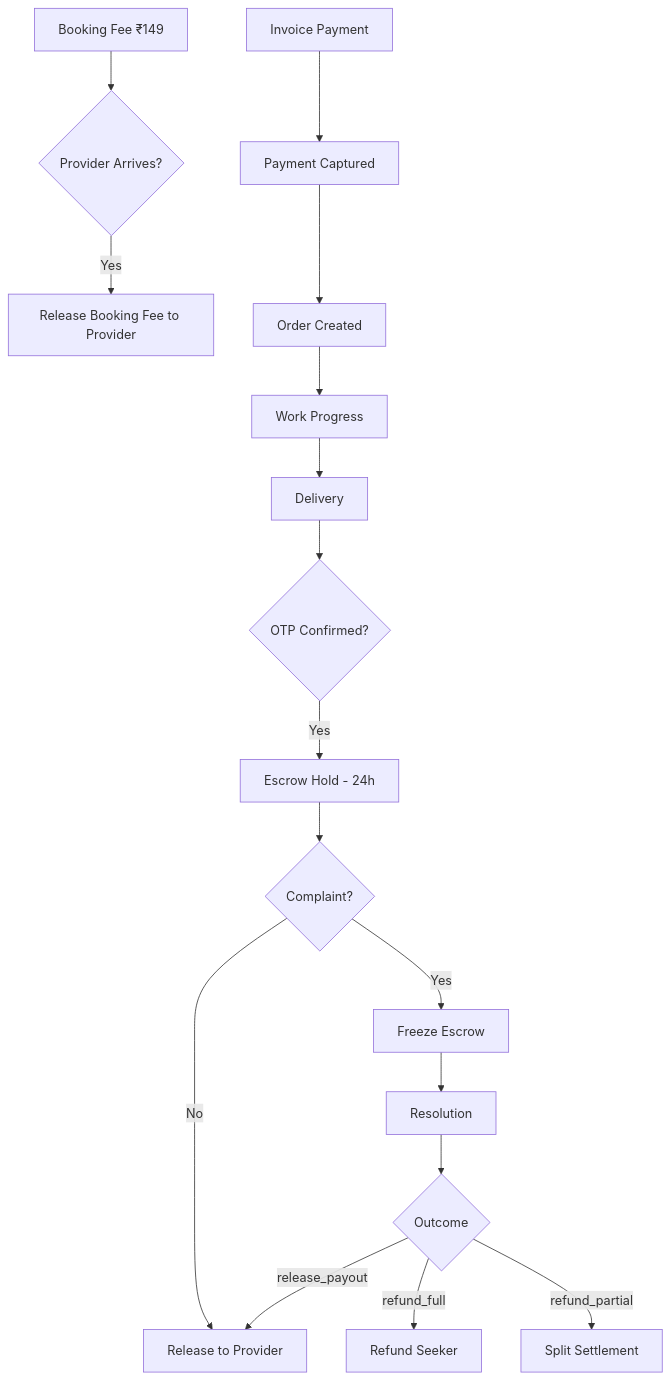
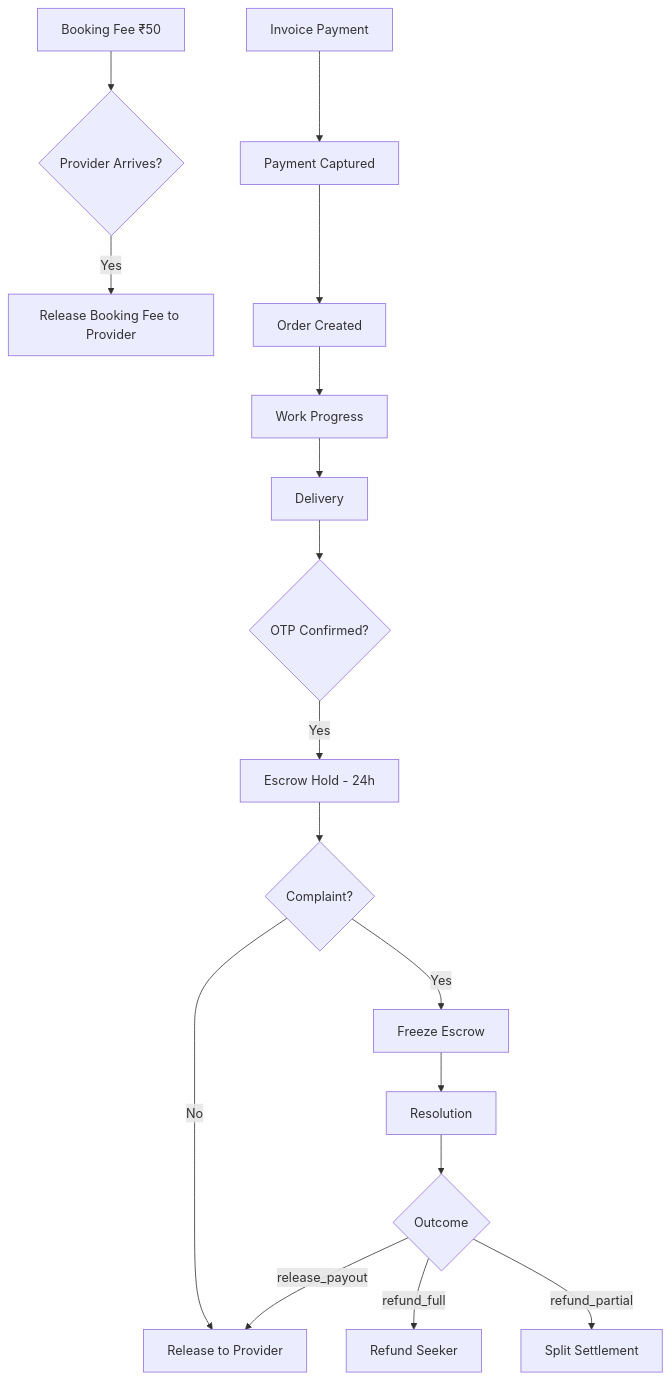
One commit to ashfakhm/laundry-ease changed the fifth of 6 diagrams in docs/CODEBASE_UNDERSTANDING.md. Above: the diagram before and after it, drawn with Mermaid. The commit also changed other lines of this file and 4 other files, not shown here.

````diff
--- a/docs/CODEBASE_UNDERSTANDING.md
+++ b/docs/CODEBASE_UNDERSTANDING.md
@@ -296,20 +298,20 @@
 ```mermaid
 flowchart TD
-    A[Booking Fee ₹149] --> B{Provider Arrives?}
+    A[Booking Fee ₹50] --> B{Provider Arrives?}
     B -->|Yes| C[Release Booking Fee to Provider]
 
     D[Invoice Payment] --> E[Payment Captured]
     E --> F[Order Created]
     F --> G[Work Progress]
     G --> H[Delivery]
     H --> I{OTP Confirmed?}
     I -->|Yes| J[Escrow Hold - 24h]
     J --> K{Complaint?}
     K -->|No| L[Release to Provider]
     K -->|Yes| M[Freeze Escrow]
     M --> N[Resolution]
     N --> O{Outcome}
     O -->|release_payout| L
     O -->|refund_full| P[Refund Seeker]
     O -->|refund_partial| Q[Split Settlement]
 ```
````
